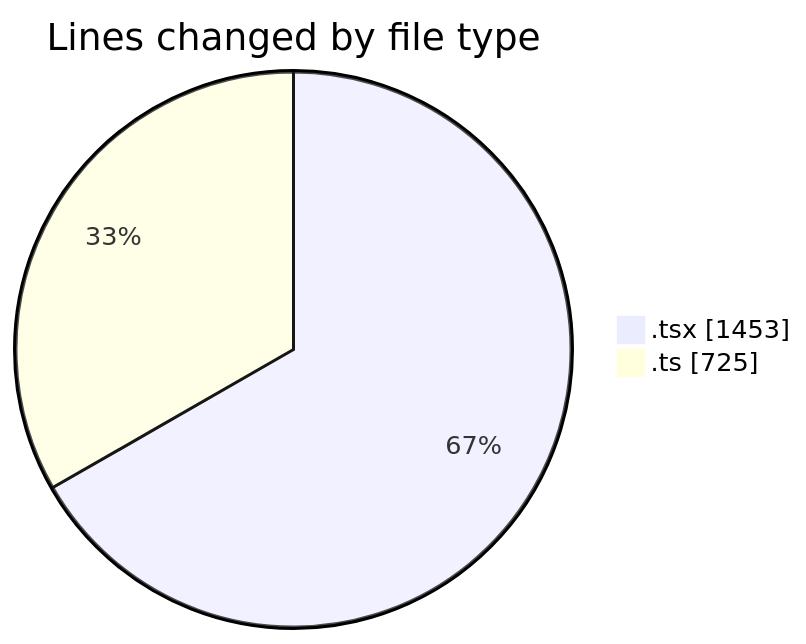
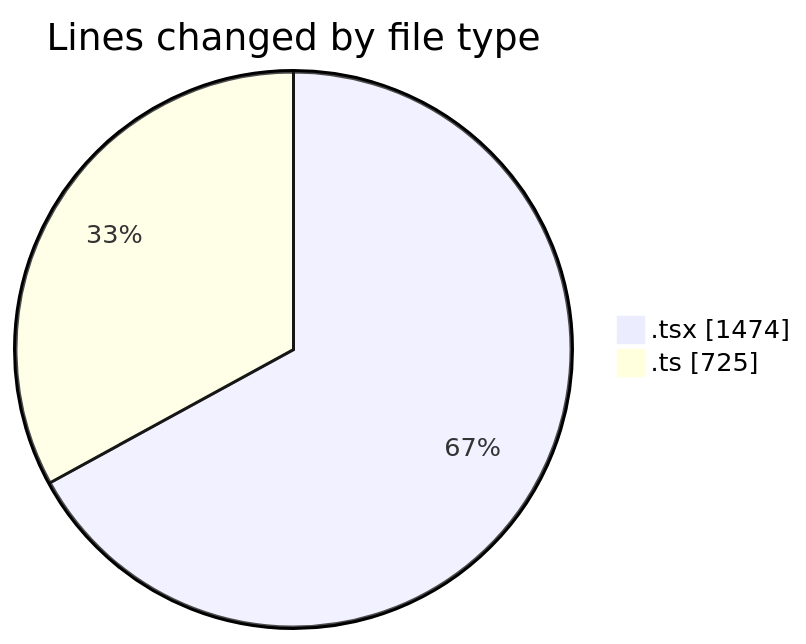
One commit to nxtqubesakshisongat/code-tracking changed the first of 2 diagrams in 2026-02-18/nxtqube_webapp/README.md. Above: the diagram before and after it, drawn with Mermaid. The commit also changed other lines of this file and 1 other file, not shown here.

````diff
--- a/2026-02-18/nxtqube_webapp/README.md
+++ b/2026-02-18/nxtqube_webapp/README.md
@@ -25,6 +25,6 @@
 ```mermaid
 pie showData
 title Lines changed by file type
-".tsx" : 1453
+".tsx" : 1474
 ".ts" : 725
 ```
````
